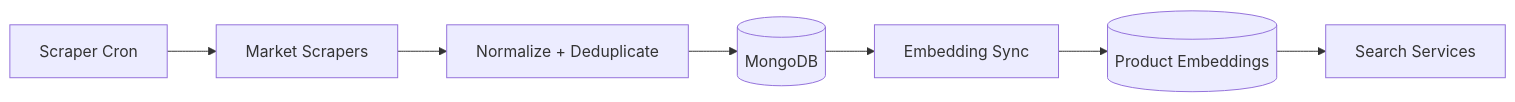
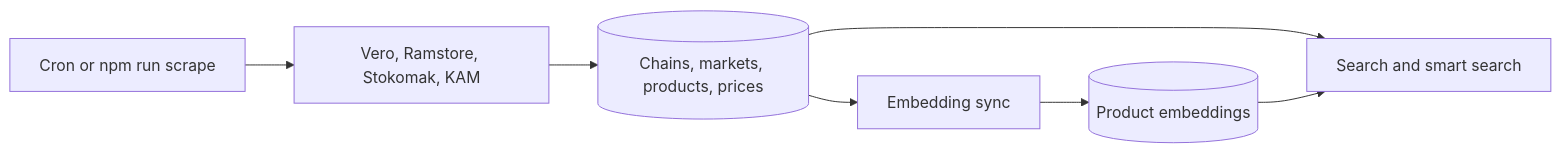
Before and after one commit to martintrifunov/obrok: the diagram in apps/docs/backend/scraper-search.md, drawn with Mermaid. The commit also changed other lines of this file and 13 other files, not shown here.

````diff
--- a/apps/docs/backend/scraper-search.md
+++ b/apps/docs/backend/scraper-search.md
@@ -15,9 +13,9 @@
 ```mermaid
 flowchart LR
-  Cron[Scraper Cron] --> Scrapers[Market Scrapers]
-  Scrapers --> Normalize[Normalize + Deduplicate]
-  Normalize --> DB[(MongoDB)]
-  DB --> EmbSync[Embedding Sync]
-  EmbSync --> VectorStore[(Product Embeddings)]
-  VectorStore --> Search[Search Services]
+  Cron[Cron or npm run scrape] --> Scrapers[Vero, Ramstore, Stokomak, KAM]
+  Scrapers --> DB[(Chains, markets, products, prices)]
+  DB --> Sync[Embedding sync]
+  Sync --> Emb[(Product embeddings)]
+  DB --> Search[Search and smart search]
+  Emb --> Search
 ```
````
